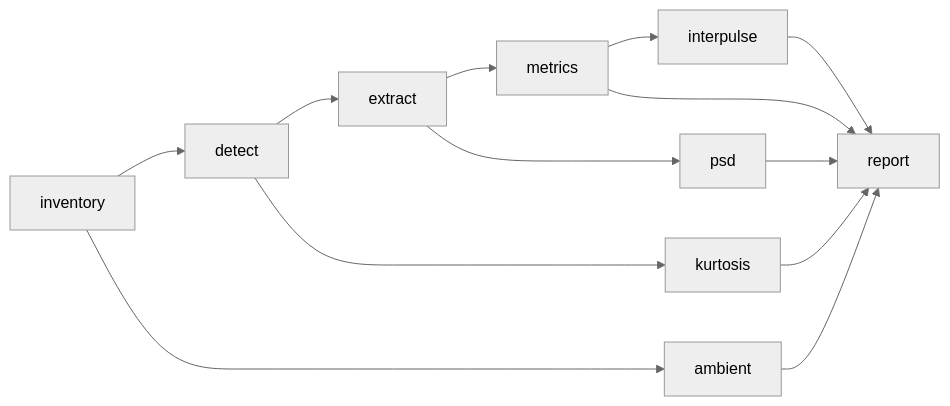
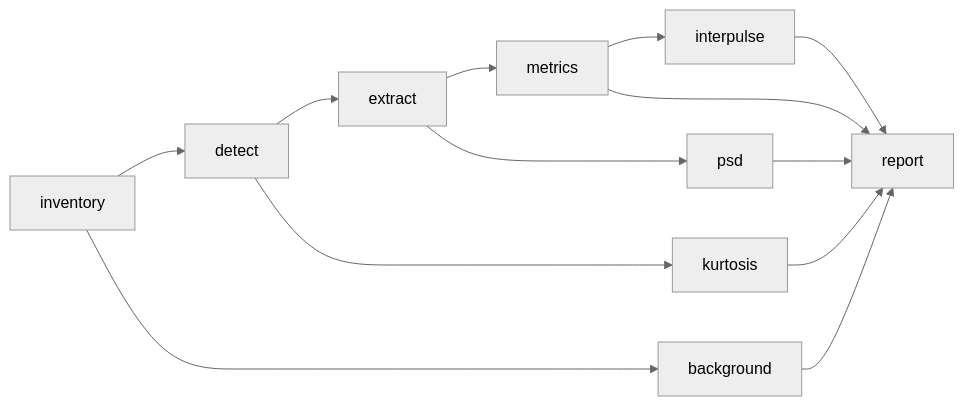
The diagram in README.md (NeptuneProjects/RODEO-II_Construction-Soundscape), drawn with Mermaid (neutral theme) before and after one commit. The commit also changed other lines of this file and 22 other files, not shown here.

````diff
--- a/README.md
+++ b/README.md
@@ -20,13 +20,13 @@
 ```mermaid
 graph LR
    A[inventory] --> B[detect] --> C[extract] --> D[metrics]
    C --> E[psd]
-   A --> F[ambient]
+   A --> F[background]
    B --> H[kurtosis]
    D --> I[interpulse]
    D --> G[report]
    E --> G
    F --> G
    H --> G
    I --> G
 ```
````
